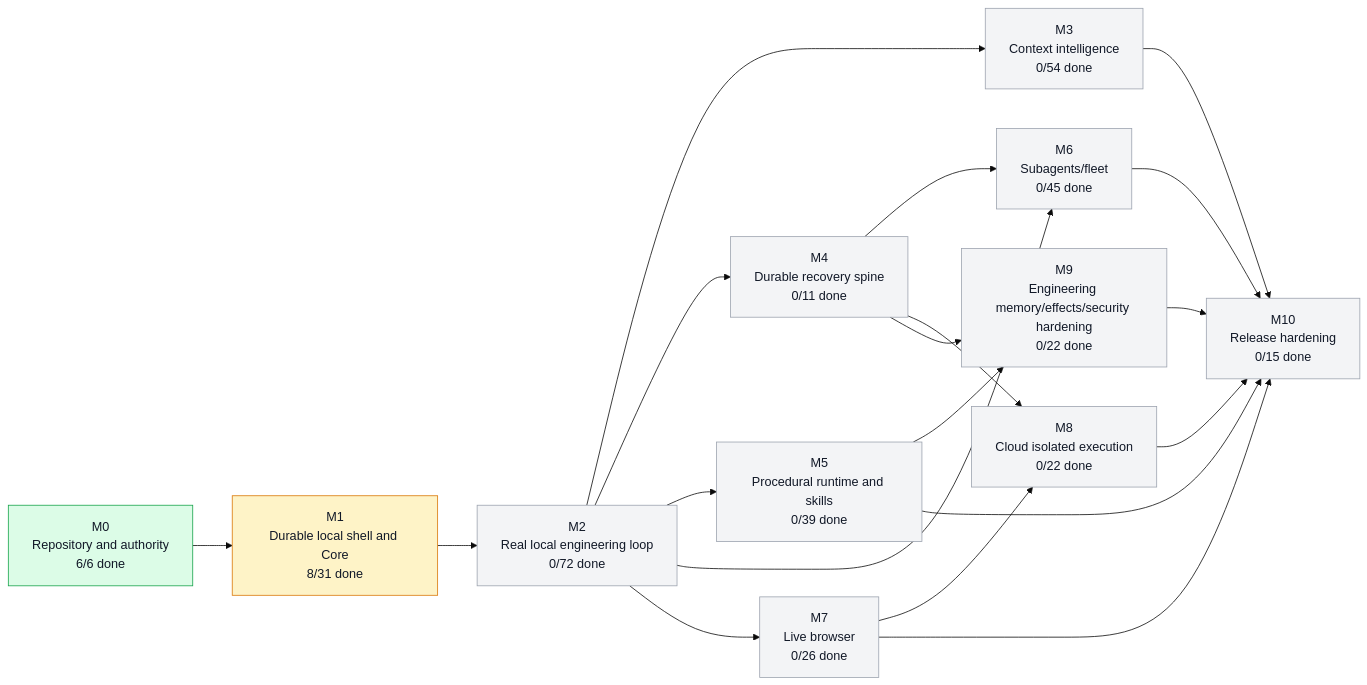
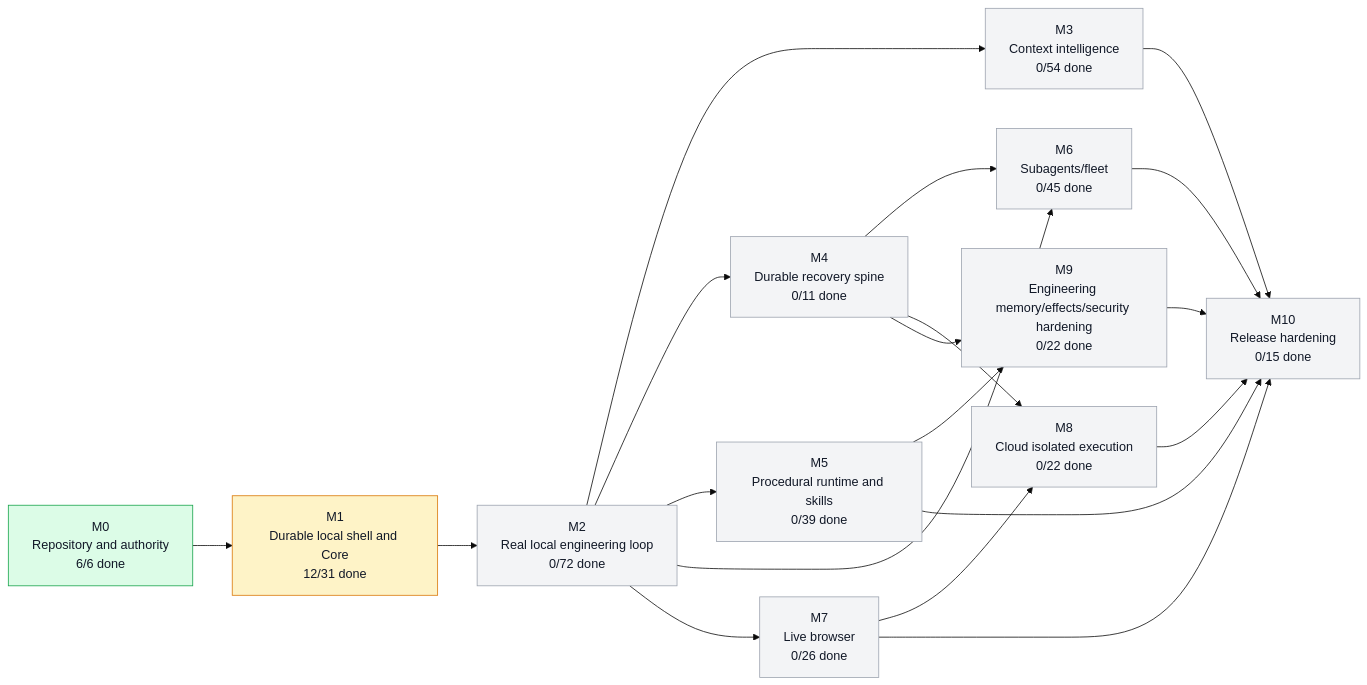
The first of 3 diagrams in graph/PROJECT_GRAPH.md (moss101/zmodbit), drawn with Mermaid (base theme) before and after one commit. The commit also changed other lines of this file and 3 other files, not shown here.

````diff
--- a/graph/PROJECT_GRAPH.md
+++ b/graph/PROJECT_GRAPH.md
@@ -43,43 +43,43 @@
 ```mermaid
 flowchart LR
   M0["M0<br/>Repository and authority<br/>6/6 done"]
-  M1["M1<br/>Durable local shell and Core<br/>8/31 done"]
+  M1["M1<br/>Durable local shell and Core<br/>12/31 done"]
   M2["M2<br/>Real local engineering loop<br/>0/72 done"]
   M3["M3<br/>Context intelligence<br/>0/54 done"]
   M4["M4<br/>Durable recovery spine<br/>0/11 done"]
   M5["M5<br/>Procedural runtime and skills<br/>0/39 done"]
   M6["M6<br/>Subagents/fleet<br/>0/45 done"]
   M7["M7<br/>Live browser<br/>0/26 done"]
   M8["M8<br/>Cloud isolated execution<br/>0/22 done"]
   M9["M9<br/>Engineering memory/effects/security hardening<br/>0/22 done"]
   M10["M10<br/>Release hardening<br/>0/15 done"]
   M0 --> M1
   M1 --> M2
   M2 --> M3
   M2 --> M4
   M2 --> M5
   M2 --> M6
   M4 --> M6
   M2 --> M7
   M4 --> M8
   M7 --> M8
   M4 --> M9
   M5 --> M9
   M3 --> M10
   M5 --> M10
   M6 --> M10
   M7 --> M10
   M8 --> M10
   M9 --> M10
   style M0 fill:#dcfce7,stroke:#16a34a,color:#111827
   style M1 fill:#fef3c7,stroke:#d97706,color:#111827
   style M2 fill:#f3f4f6,stroke:#9ca3af,color:#111827
   style M3 fill:#f3f4f6,stroke:#9ca3af,color:#111827
   style M4 fill:#f3f4f6,stroke:#9ca3af,color:#111827
   style M5 fill:#f3f4f6,stroke:#9ca3af,color:#111827
   style M6 fill:#f3f4f6,stroke:#9ca3af,color:#111827
   style M7 fill:#f3f4f6,stroke:#9ca3af,color:#111827
   style M8 fill:#f3f4f6,stroke:#9ca3af,color:#111827
   style M9 fill:#f3f4f6,stroke:#9ca3af,color:#111827
   style M10 fill:#f3f4f6,stroke:#9ca3af,color:#111827
 ```
````
